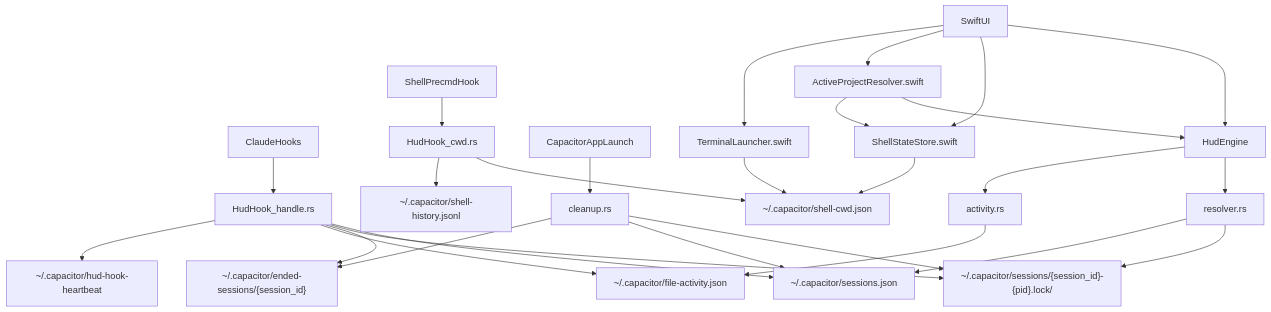
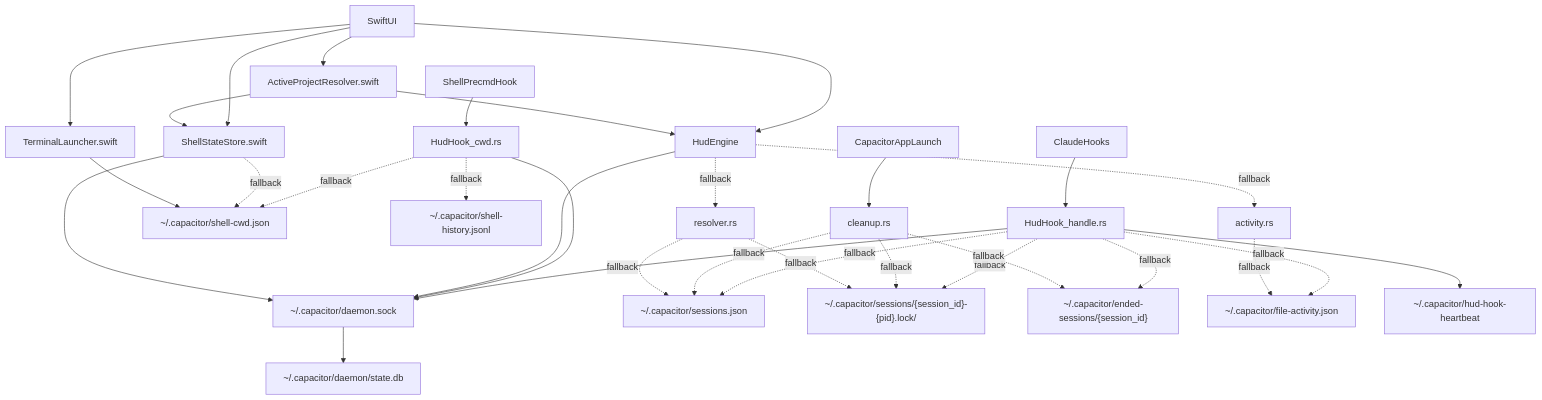
The first of 6 diagrams in .claude/docs/audit/00-current-system-map.md (petekp/claude-hud), drawn with Mermaid before and after one commit. The commit also changed other lines of this file and 1 other file, not shown here.

Commit message:
Update system and side-effects maps for daemon

````diff
--- a/.claude/docs/audit/00-current-system-map.md
+++ b/.claude/docs/audit/00-current-system-map.md
@@ -38,37 +42,44 @@
 ```mermaid
 flowchart TD
     ClaudeHooks[ClaudeHooks] --> HudHookHandle[HudHook_handle.rs]
     ShellPrecmd[ShellPrecmdHook] --> HudHookCwd[HudHook_cwd.rs]
 
-    HudHookHandle --> SessionsJson["~/.capacitor/sessions.json"]
-    HudHookHandle --> Locks["~/.capacitor/sessions/{session_id}-{pid}.lock/"]
-    HudHookHandle --> Tombstones["~/.capacitor/ended-sessions/{session_id}"]
-    HudHookHandle --> FileActivity["~/.capacitor/file-activity.json"]
+    HudHookHandle --> DaemonSock["~/.capacitor/daemon.sock"]
+    HudHookCwd --> DaemonSock
+
+    DaemonSock --> DaemonState["~/.capacitor/daemon/state.db"]
+
+    HudHookHandle -.fallback.-> SessionsJson["~/.capacitor/sessions.json"]
+    HudHookHandle -.fallback.-> Locks["~/.capacitor/sessions/{session_id}-{pid}.lock/"]
+    HudHookHandle -.fallback.-> Tombstones["~/.capacitor/ended-sessions/{session_id}"]
+    HudHookHandle -.fallback.-> FileActivity["~/.capacitor/file-activity.json"]
     HudHookHandle --> Heartbeat["~/.capacitor/hud-hook-heartbeat"]
 
-    HudHookCwd --> ShellCwd["~/.capacitor/shell-cwd.json"]
-    HudHookCwd --> ShellHistory["~/.capacitor/shell-history.jsonl"]
+    HudHookCwd -.fallback.-> ShellCwd["~/.capacitor/shell-cwd.json"]
+    HudHookCwd -.fallback.-> ShellHistory["~/.capacitor/shell-history.jsonl"]
 
     AppLaunch[CapacitorAppLaunch] --> StartupCleanup[cleanup.rs]
-    StartupCleanup --> Locks
-    StartupCleanup --> SessionsJson
-    StartupCleanup --> Tombstones
+    StartupCleanup -.fallback.-> Locks
+    StartupCleanup -.fallback.-> SessionsJson
+    StartupCleanup -.fallback.-> Tombstones
 
     SwiftUI[SwiftUI] --> HudEngine[HudEngine]
-    HudEngine --> Resolver[resolver.rs]
-    Resolver --> Locks
-    Resolver --> SessionsJson
+    HudEngine --> DaemonSock
+    HudEngine -.fallback.-> Resolver[resolver.rs]
+    Resolver -.fallback.-> Locks
+    Resolver -.fallback.-> SessionsJson
 
-    HudEngine --> ActivityStore[activity.rs]
-    ActivityStore --> FileActivity
+    HudEngine -.fallback.-> ActivityStore[activity.rs]
+    ActivityStore -.fallback.-> FileActivity
 
     SwiftUI --> ShellStateStore[ShellStateStore.swift]
-    ShellStateStore --> ShellCwd
+    ShellStateStore --> DaemonSock
+    ShellStateStore -.fallback.-> ShellCwd
 
     SwiftUI --> ActiveResolver[ActiveProjectResolver.swift]
     ActiveResolver --> HudEngine
     ActiveResolver --> ShellStateStore
 
     SwiftUI --> TerminalLauncher[TerminalLauncher.swift]
     TerminalLauncher --> ShellCwd
 ```
````
